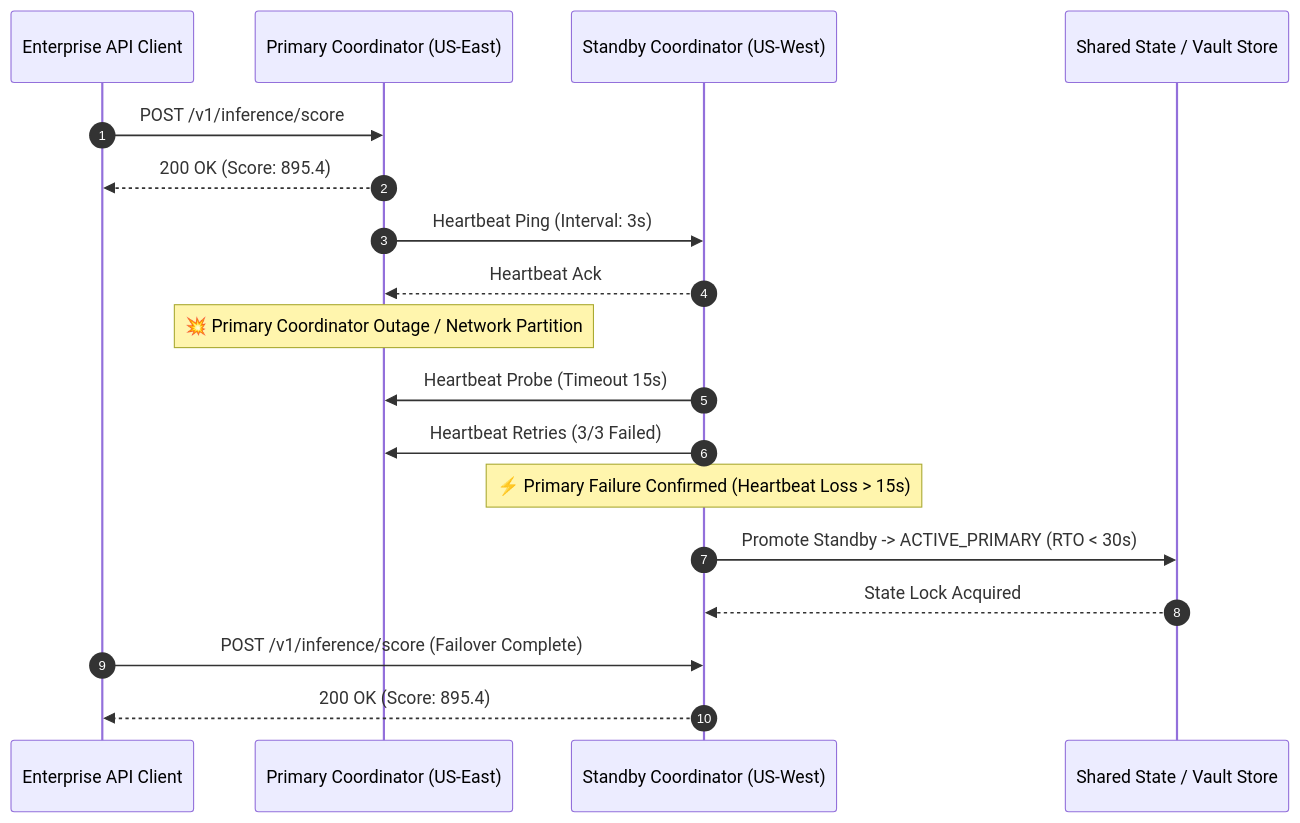
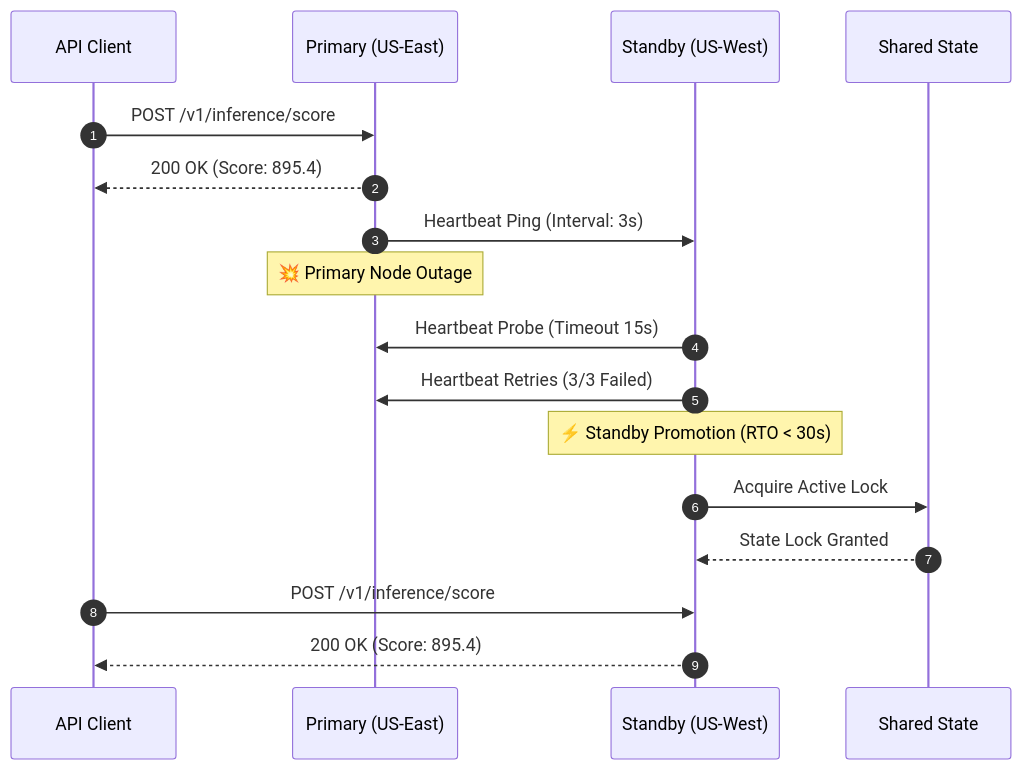
Before and after one commit to yusufcalisir/Collaborative-Fraud-Intelligence-Simulator: the second of 3 diagrams in README.md, drawn with Mermaid. The commit also changed other lines of this file, not shown here.

Commit message:
fix(docs): optimize ASCII and Mermaid architecture diagrams to 70-char viewport width to eliminate horizontal scrolling

````diff
--- a/README.md
+++ b/README.md
@@ -130,25 +115,24 @@
 ```mermaid
 sequenceDiagram
     autonumber
-    participant App as Enterprise API Client
-    participant Primary as Primary Coordinator (US-East)
-    participant Standby as Standby Coordinator (US-West)
-    participant DB as Shared State / Vault Store
+    participant App as API Client
+    participant Primary as Primary (US-East)
+    participant Standby as Standby (US-West)
+    participant DB as Shared State
 
     App->>Primary: POST /v1/inference/score
     Primary-->>App: 200 OK (Score: 895.4)
     Primary->>Standby: Heartbeat Ping (Interval: 3s)
-    Standby-->>Primary: Heartbeat Ack
     
-    Note over Primary: 💥 Primary Coordinator Outage / Network Partition
+    Note over Primary: 💥 Primary Node Outage
     
     Standby->>Primary: Heartbeat Probe (Timeout 15s)
     Standby->>Primary: Heartbeat Retries (3/3 Failed)
     
-    Note over Standby: ⚡ Primary Failure Confirmed (Heartbeat Loss > 15s)
-    Standby->>DB: Promote Standby -> ACTIVE_PRIMARY (RTO < 30s)
-    DB-->>Standby: State Lock Acquired
+    Note over Standby: ⚡ Standby Promotion (RTO < 30s)
+    Standby->>DB: Acquire Active Lock
+    DB-->>Standby: State Lock Granted
     
-    App->>Standby: POST /v1/inference/score (Failover Complete)
+    App->>Standby: POST /v1/inference/score
     Standby-->>App: 200 OK (Score: 895.4)
 ```
````
